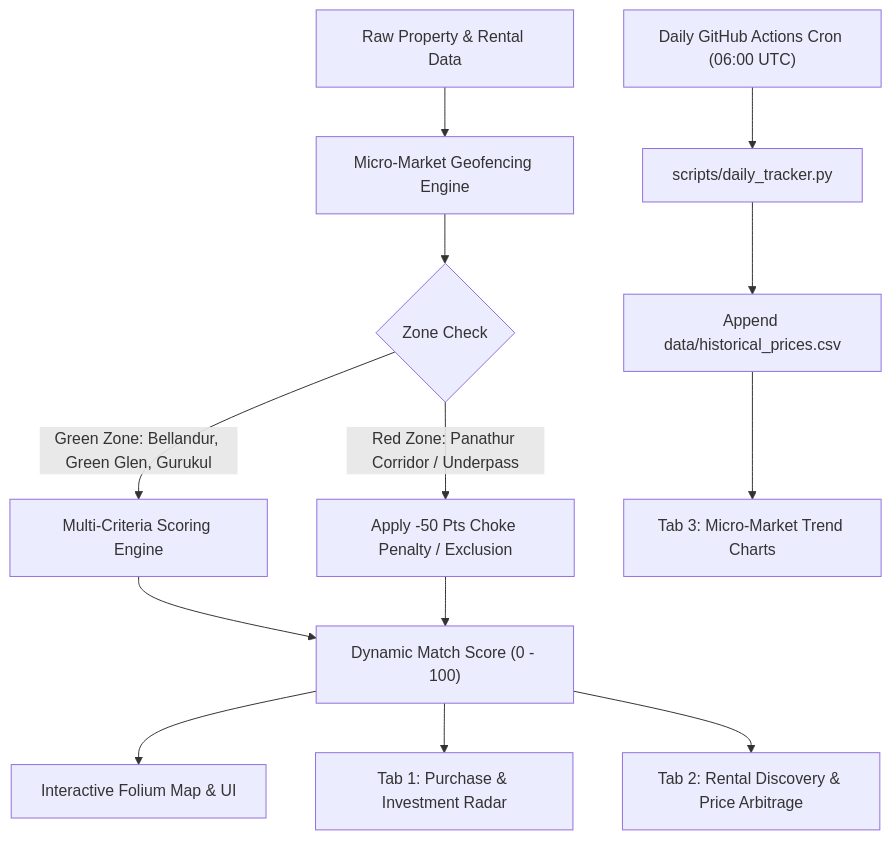
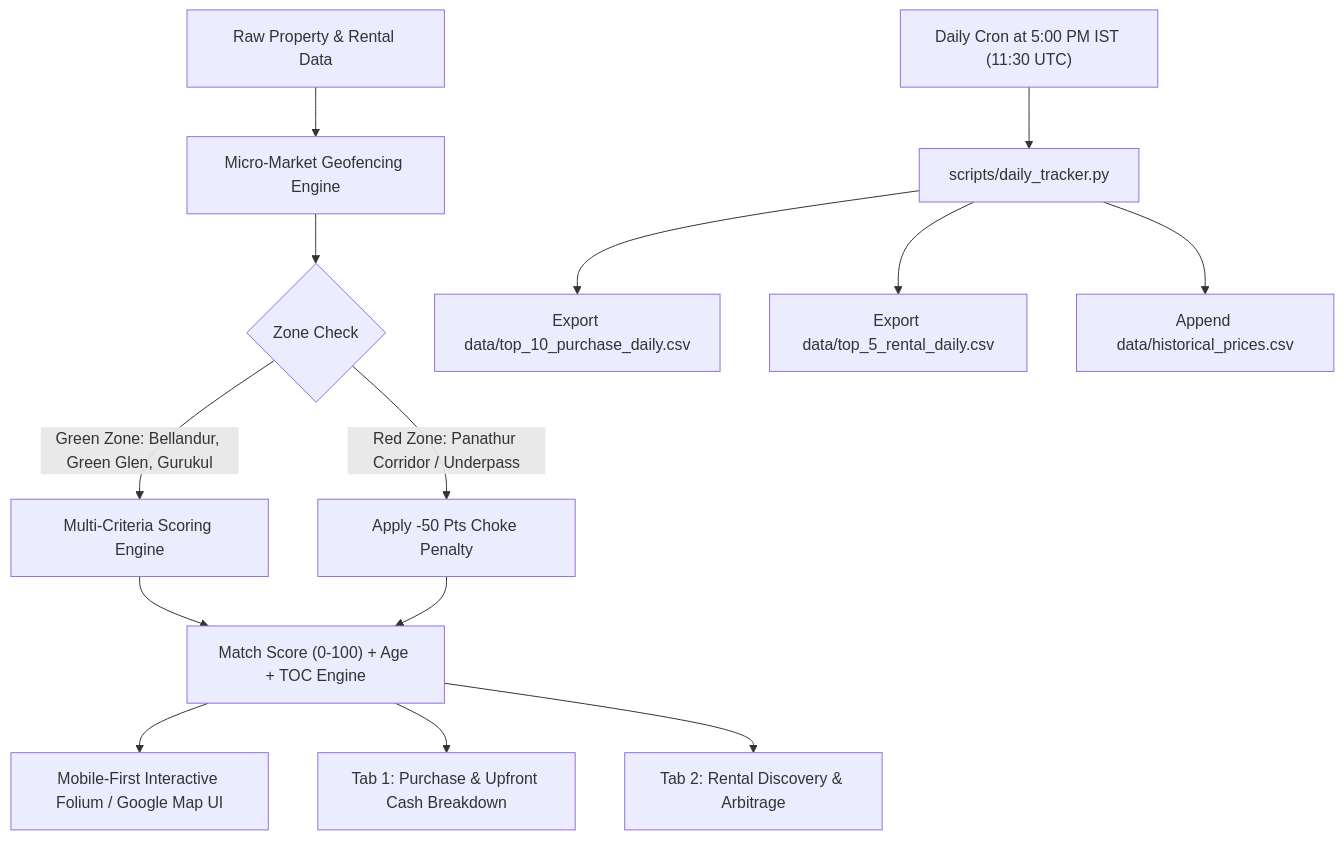
The diagram in README.md (purntripathi-cmd/South-east-bengaluru-real-estate-radar), drawn with Mermaid before and after one commit. The commit also changed other lines of this file and 10 other files, not shown here.

Commit message:
feat: add property age, upfront advance & TOC, total maintenance, Google Maps integration, mobile layout, and daily 5 PM IST top CSVs

````diff
--- a/README.md
+++ b/README.md
@@ -30,15 +30,16 @@
 ```mermaid
 flowchart TD
     A["Raw Property & Rental Data"] --> B["Micro-Market Geofencing Engine"]
     B --> C{"Zone Check"}
     C -->|Green Zone: Bellandur, Green Glen, Gurukul| D["Multi-Criteria Scoring Engine"]
-    C -->|Red Zone: Panathur Corridor / Underpass| E["Apply -50 Pts Choke Penalty / Exclusion"]
-    D --> F["Dynamic Match Score (0 - 100)"]
+    C -->|Red Zone: Panathur Corridor / Underpass| E["Apply -50 Pts Choke Penalty"]
+    D --> F["Match Score (0-100) + Age + TOC Engine"]
     E --> F
-    F --> G["Interactive Folium Map & UI"]
-    F --> H["Tab 1: Purchase & Investment Radar"]
-    F --> I["Tab 2: Rental Discovery & Price Arbitrage"]
-    J["Daily GitHub Actions Cron (06:00 UTC)"] --> K["scripts/daily_tracker.py"]
-    K --> L["Append data/historical_prices.csv"]
-    L --> M["Tab 3: Micro-Market Trend Charts"]
+    F --> G["Mobile-First Interactive Folium / Google Map UI"]
+    F --> H["Tab 1: Purchase & Upfront Cash Breakdown"]
+    F --> I["Tab 2: Rental Discovery & Arbitrage"]
+    J["Daily Cron at 5:00 PM IST (11:30 UTC)"] --> K["scripts/daily_tracker.py"]
+    K --> L["Export data/top_10_purchase_daily.csv"]
+    K --> M["Export data/top_5_rental_daily.csv"]
+    K --> N["Append data/historical_prices.csv"]
 ```
````
